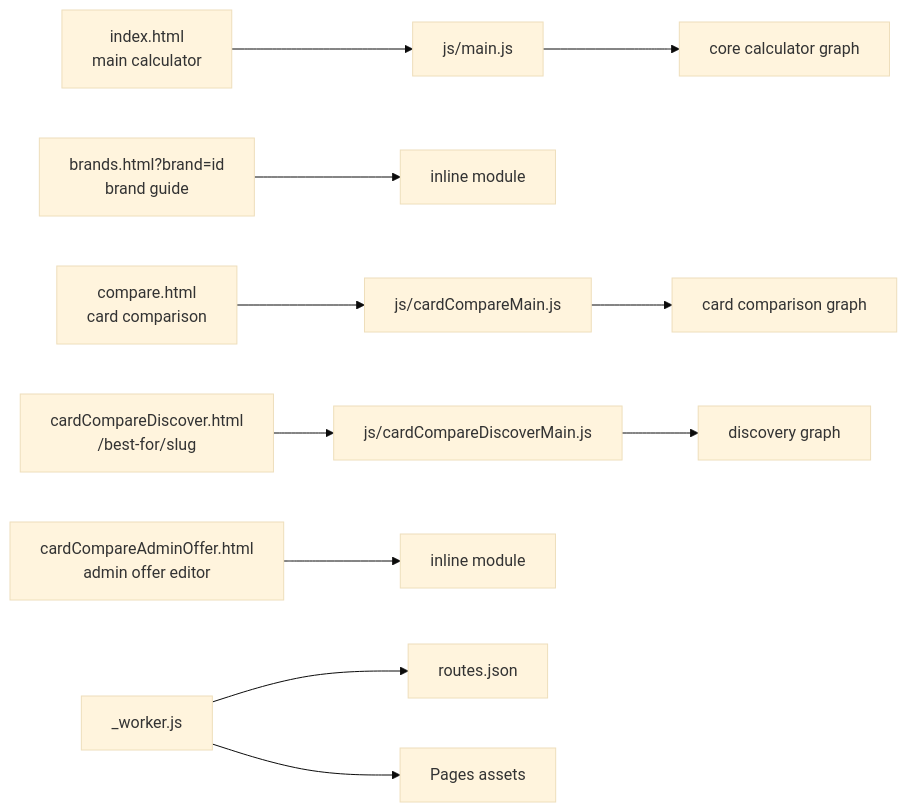
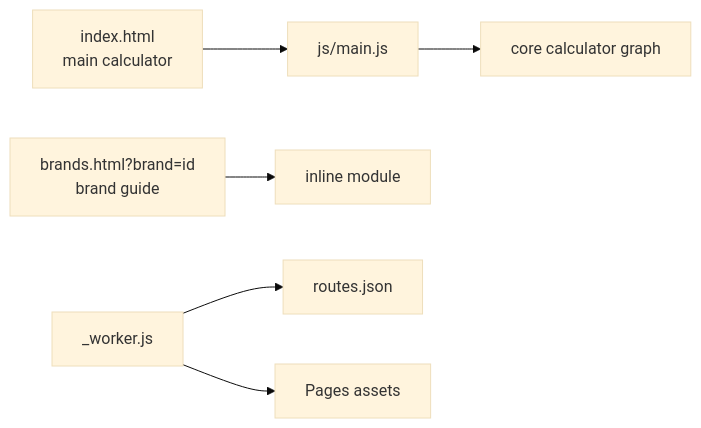
The third of 12 diagrams in docs/RepositoryArchitecture.md (Ashwani07/voucher-discount-calculator), drawn with Mermaid (base theme) before and after one commit. The commit also changed other lines of this file and 5 other files, not shown here.

Commit message:
Refine voucher reward calculations and pipeline reliability. Improve Amazon/Axis portal handling, cap disclosures, custom calculations, and architecture documentation. Remove unused scraped card data and obsolete card-comparison references.

````diff
--- a/docs/RepositoryArchitecture.md
+++ b/docs/RepositoryArchitecture.md
@@ -76,13 +72,8 @@
 ```mermaid
 graph LR
     Index[index.html\nmain calculator] --> Main[js/main.js]
     Brands[brands.html?brand=id\nbrand guide] --> BrandInline[inline module]
-    Compare[compare.html\ncard comparison] --> CompareMain[js/cardCompareMain.js]
-    Discover[cardCompareDiscover.html\n/best-for/slug] --> DiscoverMain[js/cardCompareDiscoverMain.js]
-    Admin[cardCompareAdminOffer.html\nadmin offer editor] --> AdminInline[inline module]
     Worker[_worker.js] --> Routes[routes.json]
     Worker --> Assets[Pages assets]
     Main --> Core[core calculator graph]
-    CompareMain --> CompareGraph[card comparison graph]
-    DiscoverMain --> DiscoverGraph[discovery graph]
 ```
````
